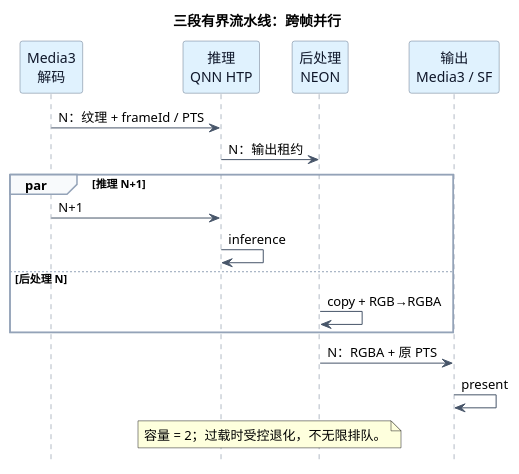
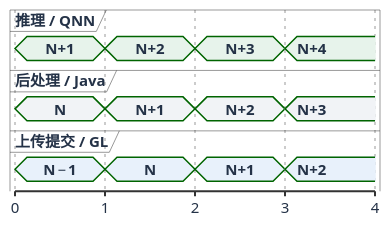
Before and after one commit to znbsf/quicksr-mobile-player-lab: the diagram in docs/diagrams/edge-pipeline-overlap.puml, drawn with PlantUML. The commit also changed 8 other files, not shown here.

```diff
--- a/docs/diagrams/edge-pipeline-overlap.puml
+++ b/docs/diagrams/edge-pipeline-overlap.puml
@@ -1,40 +1,37 @@
 @startuml
-title 三段有界流水线：跨帧并行
-
-skinparam defaultFontName Noto Sans SC
+skinparam defaultFontName Microsoft YaHei UI
+skinparam defaultFontSize 15
+skinparam defaultFontColor #243247
 skinparam backgroundColor white
 skinparam shadowing false
-hide footbox
-skinparam sequence {
-  ArrowColor #475569
-  LifeLineBorderColor #64748B
-  LifeLineBackgroundColor #F8FAFC
-  ParticipantBorderColor #64748B
-  ParticipantBackgroundColor #E0F2FE
-  ParticipantFontColor #0F172A
-  GroupBorderColor #94A3B8
-  GroupBackgroundColor #F8FAFC
+skinparam ArrowColor #64748B
+skinparam timing {
+  FontColor #243247
+  LineColor #64748B
 }
 
-participant "Media3\n解码" as MEDIA
-participant "推理\nQNN HTP" as INFER
-participant "后处理\nNEON" as POST
-participant "输出\nMedia3 / SF" as OUTPUT
+concise "推理 / QNN" as QNN
+concise "后处理 / Java" as CPU
+concise "上传提交 / GL" as GL
+scale 1 as 90 pixels
 
-MEDIA -> INFER : N：纹理 + frameId / PTS
-INFER -> POST : N：输出租约
+@0
+QNN is "N+1" #E7F3EB
+CPU is "N" #F1F3F6
+GL is "N−1" #E8F1FB
 
-par 推理 N+1
-  MEDIA -> INFER : N+1
-  INFER -> INFER : inference
-else 后处理 N
-  POST -> POST : copy + RGB→RGBA
-end
+@1
+QNN is "N+2" #E7F3EB
+CPU is "N+1" #F1F3F6
+GL is "N" #E8F1FB
 
-POST -> OUTPUT : N：RGBA + 原 PTS
-OUTPUT -> OUTPUT : present
+@2
+QNN is "N+3" #E7F3EB
+CPU is "N+2" #F1F3F6
+GL is "N+1" #E8F1FB
 
-note over INFER, POST
-  容量 = 2；过载时受控退化，不无限排队。
-end note
+@3
+QNN is "N+4" #E7F3EB
+CPU is "N+3" #F1F3F6
+GL is "N+2" #E8F1FB
 @enduml
```
